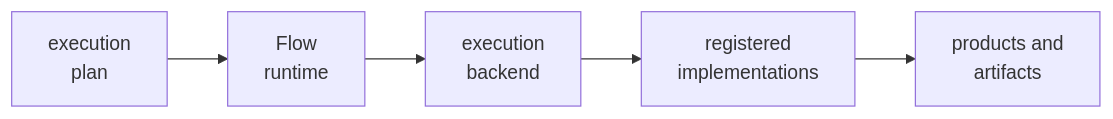
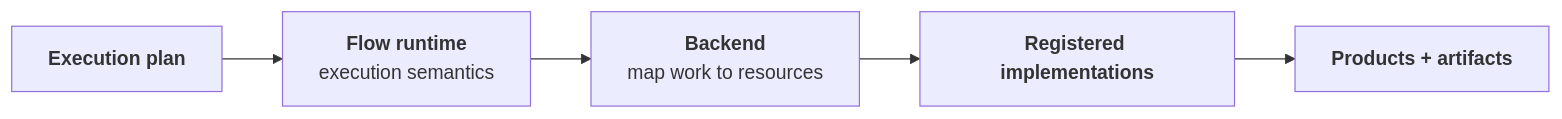
One commit to FAST-HEP/fasthep-flow changed the first of 7 diagrams in docs/execution/runtime.md. Above: the diagram before and after it, drawn with Mermaid. The commit also changed other lines of this file and 7 other files, not shown here.

````diff
--- a/docs/execution/runtime.md
+++ b/docs/execution/runtime.md
@@ -17,13 +19,10 @@
 ```{mermaid}
 flowchart LR
-    Plan["execution<br/>plan"]
-    Runtime["Flow<br/>runtime"]
-    Backend["execution<br/>backend"]
-    Implementations["registered<br/>implementations"]
-    Artifacts["products and<br/>artifacts"]
+    Plan["<b>Execution plan</b>"]:::plan
+    Runtime["<b>Flow runtime</b><br/>execution semantics"]:::runtime
+    Backend["<b>Backend</b><br/>map work to resources"]:::capability
+    Implementations["<b>Registered implementations</b>"]:::capability
+    Artifacts["<b>Products + artifacts</b>"]:::artifact
 
-    Plan --> Runtime
-    Runtime --> Backend
-    Backend --> Implementations
-    Implementations --> Artifacts
+    Plan --> Runtime --> Backend --> Implementations --> Artifacts
 ```
````
